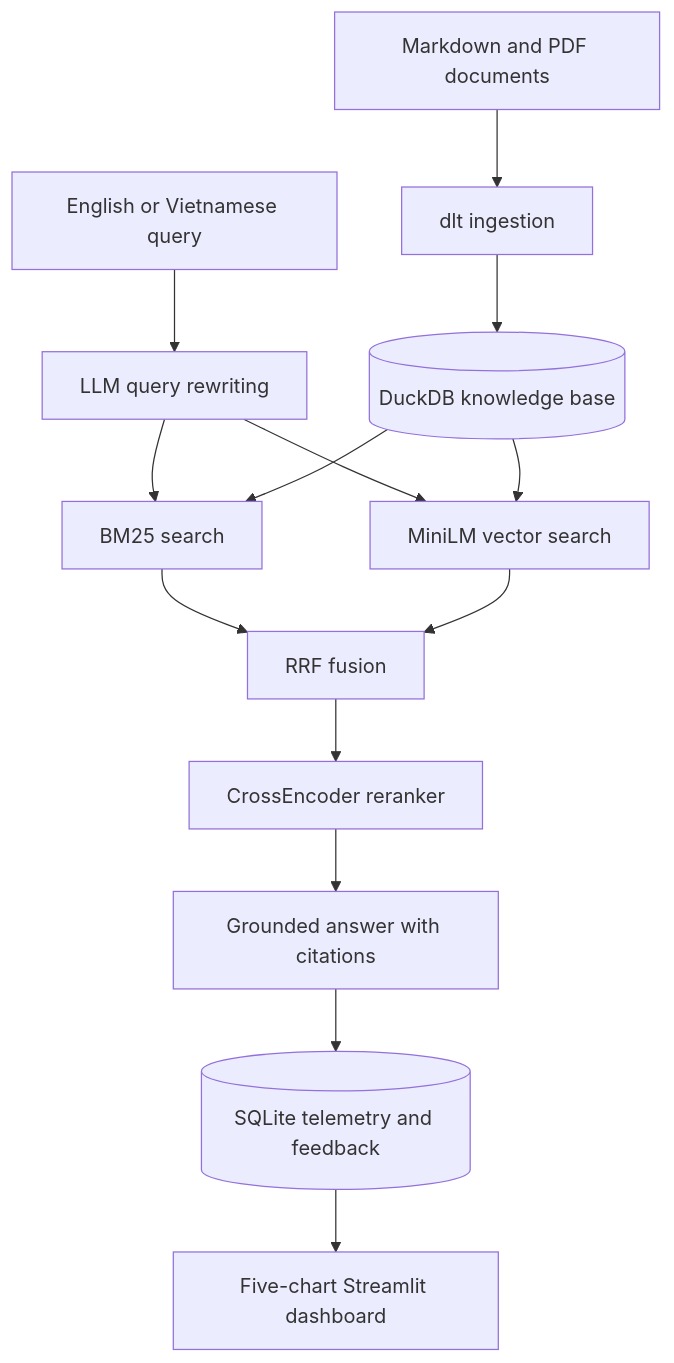
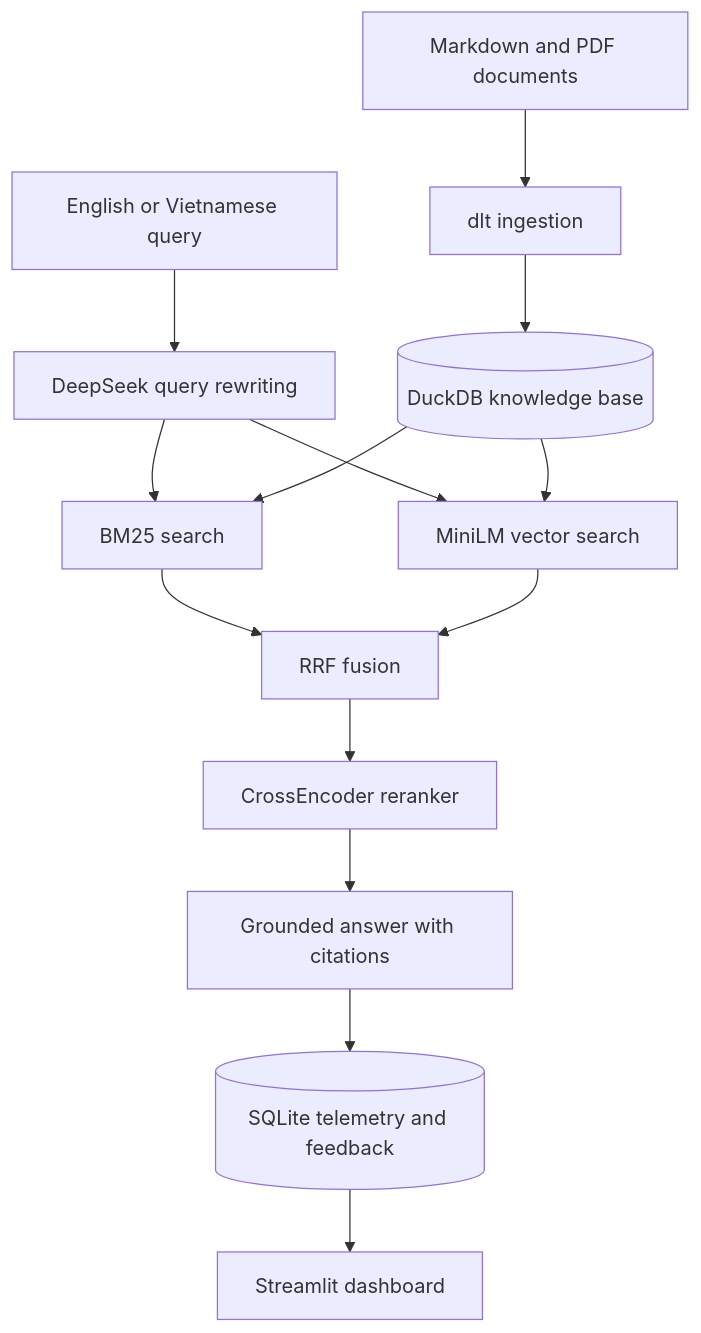
One commit to tqthanhcong/llm-zoomcamp changed the diagram in README.md. Above: the diagram before and after it, drawn with Mermaid. The commit also changed other lines of this file and 6 other files, not shown here.

````diff
--- a/README.md
+++ b/README.md
@@ -32,16 +11,16 @@
 ```mermaid
 flowchart TD
     A[Markdown and PDF documents] --> B[dlt ingestion]
     B --> C[(DuckDB knowledge base)]
-    Q[English or Vietnamese query] --> R[LLM query rewriting]
+    Q[English or Vietnamese query] --> R[DeepSeek query rewriting]
     R --> D[BM25 search]
     R --> E[MiniLM vector search]
     C --> D
     C --> E
     D --> F[RRF fusion]
     E --> F
     F --> G[CrossEncoder reranker]
     G --> H[Grounded answer with citations]
     H --> I[(SQLite telemetry and feedback)]
-    I --> J[Five-chart Streamlit dashboard]
+    I --> J[Streamlit dashboard]
 ```
````
